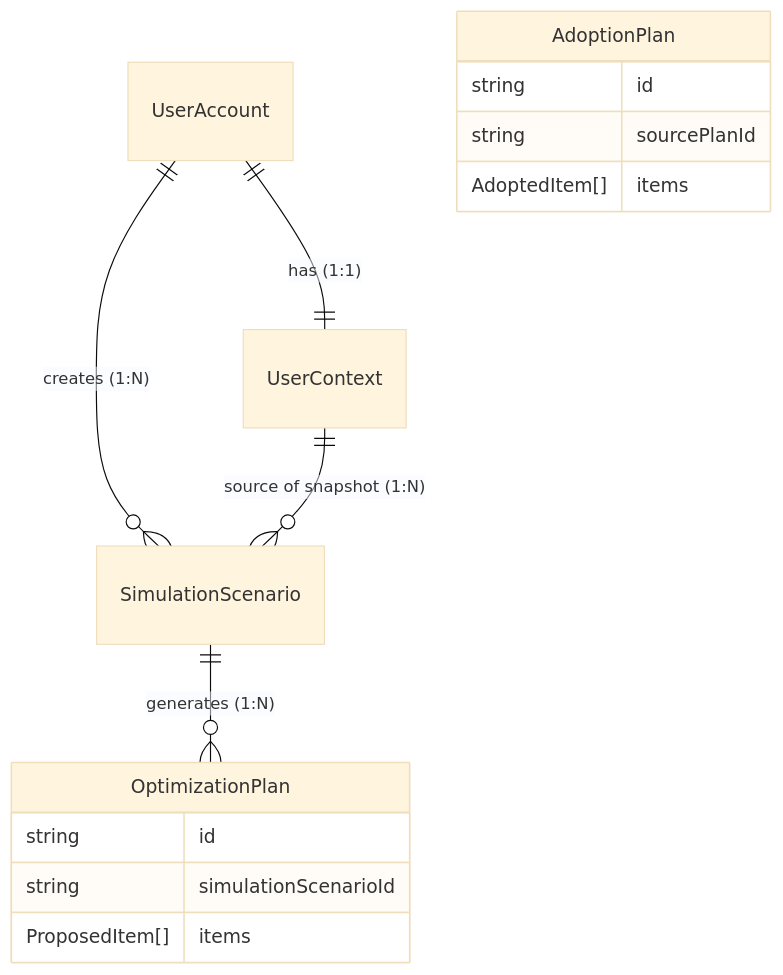
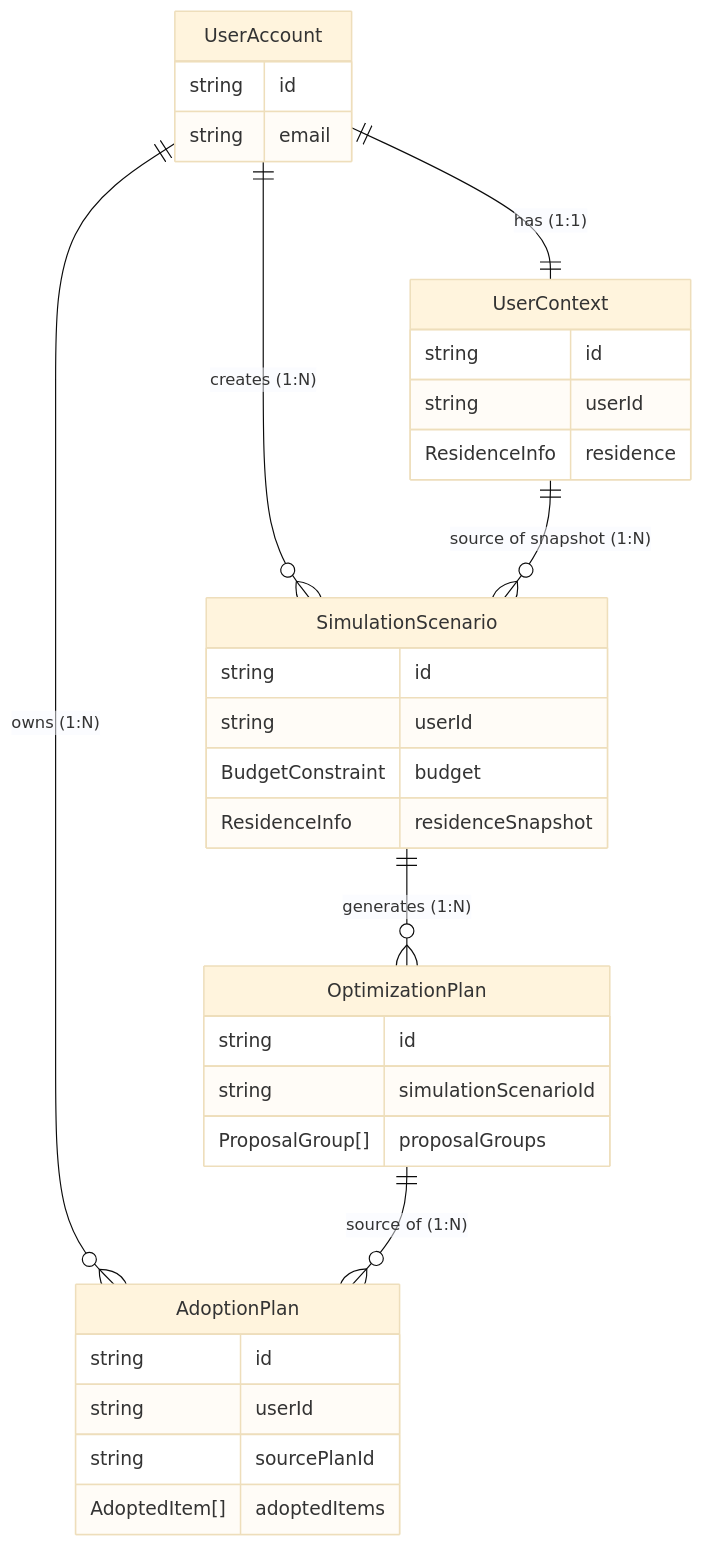
One commit to takumin4260/Opti changed the diagram in docs/domain_modeling.md. Above: the diagram before and after it, drawn with Mermaid (base theme). The commit also changed 5 other files, not shown here.

````diff
--- a/docs/domain_modeling.md
+++ b/docs/domain_modeling.md
@@ -7,17 +7,36 @@
 ```mermaid
 erDiagram
     UserAccount ||--|| UserContext : "has (1:1)"
     UserAccount ||--o{ SimulationScenario : "creates (1:N)"
+    UserAccount ||--o{ AdoptionPlan : "owns (1:N)"
     UserContext ||--o{ SimulationScenario : "source of snapshot (1:N)"
     SimulationScenario ||--o{ OptimizationPlan : "generates (1:N)"
+    OptimizationPlan ||--o{ AdoptionPlan : "source of (1:N)"
+
+    UserAccount {
+        string id
+        string email
+    }
+    UserContext {
+        string id
+        string userId
+        ResidenceInfo residence
+    }
+    SimulationScenario {
+        string id
+        string userId
+        BudgetConstraint budget
+        ResidenceInfo residenceSnapshot
+    }
     OptimizationPlan {
         string id
         string simulationScenarioId
-        ProposedItem[] items
+        ProposalGroup[] proposalGroups
     }
     AdoptionPlan {
         string id
+        string userId
         string sourcePlanId
-        AdoptedItem[] items
+        AdoptedItem[] adoptedItems
     }
 ```
````
